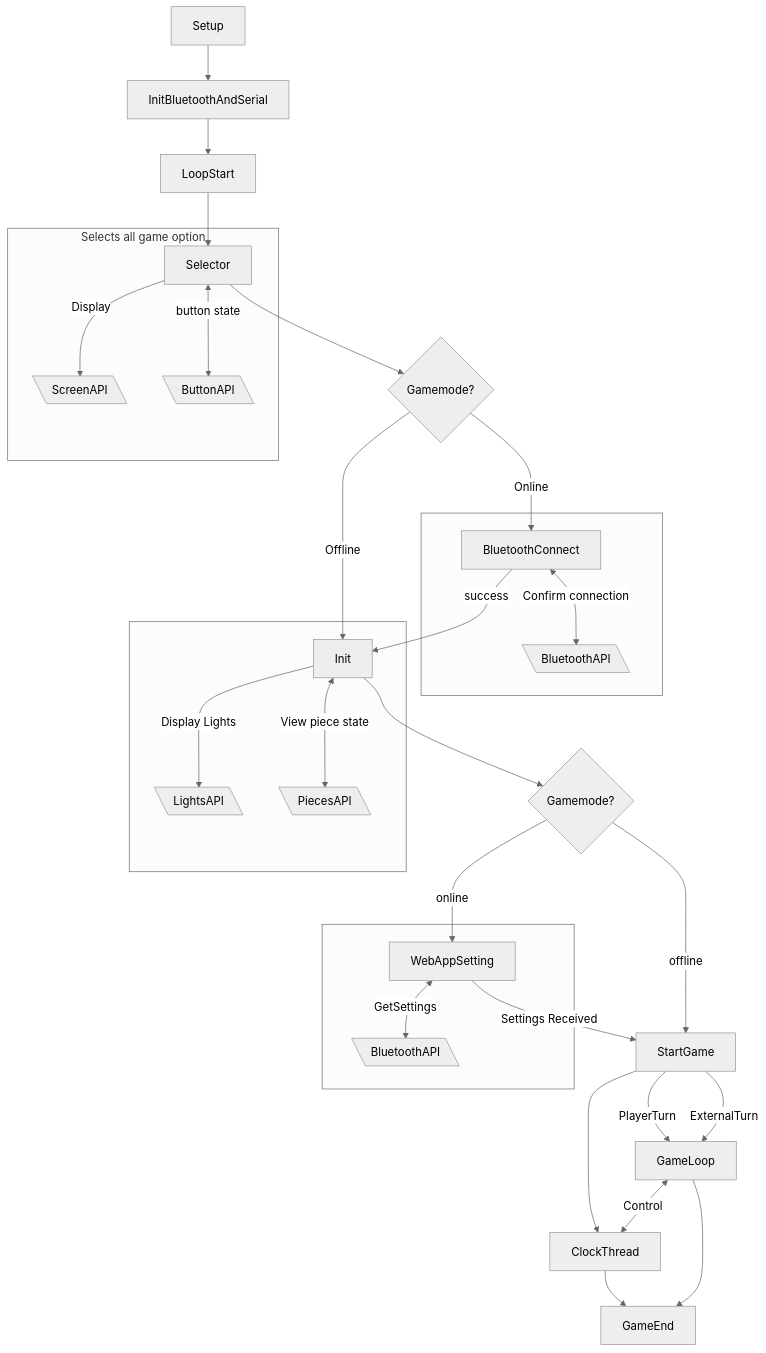
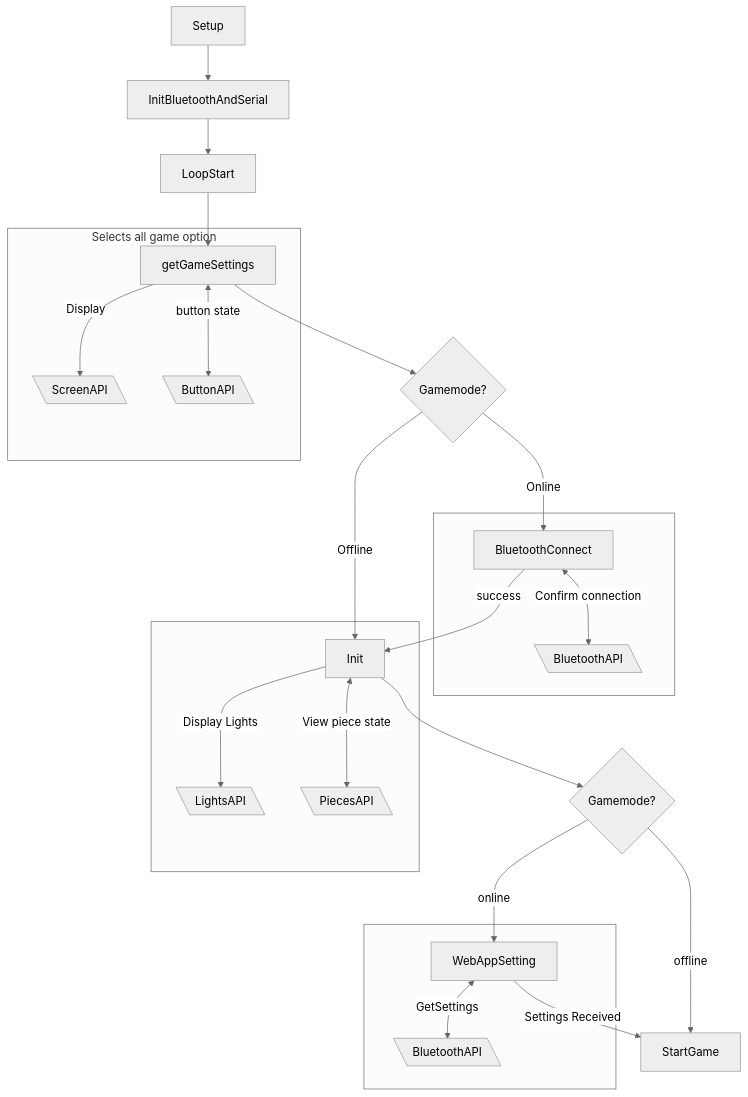
The diagram in docs/design.md (Interactive-Chessboard/ICB-Embedded), drawn with Mermaid (neutral theme) before and after one commit. The commit also changed 23 other files, not shown here.

````diff
--- a/docs/design.md
+++ b/docs/design.md
@@ -1,50 +1,46 @@
 ```mermaid
 ---
 config:
   layout: dagre
 ---
 flowchart TD
- subgraph sgSelector["Selects all game option"]
+ subgraph sggetGameSettings["Selects all game option"]
         Screen[\"ScreenAPI"\]
-        Selector["Selector"]
+        getGameSettings["getGameSettings"]
         ButtonSignal[\"ButtonAPI"\]
   end
  subgraph sgBluetooth[" "]
         BluetoothAPI[\"BluetoothAPI"\]
         BluetoothConnect["BluetoothConnect"]
   end
  subgraph sgInit[" "]
         Lights[\"LightsAPI"\]
         Init["Init"]
         Pieces[\"PiecesAPI"\]
   end
  subgraph sgBluetooth2[" "]
         BluetoothAPI2[\"BluetoothAPI"\]
         WebAppSetting["WebAppSetting"]
   end
-    Selector -- Display --> Screen
-    Selector <-- button state --> ButtonSignal
+    getGameSettings -- Display --> Screen
+    getGameSettings <-- button state --> ButtonSignal
     BluetoothConnect <-- Confirm connection --> BluetoothAPI
     Init -- Display Lights --> Lights
     Init <-- View piece state --> Pieces
     WebAppSetting <-- GetSettings --> BluetoothAPI2
     Setup["Setup"] --> InitBluetoothAndSerial["InitBluetoothAndSerial"]
     InitBluetoothAndSerial --> LoopStart["LoopStart"]
-    LoopStart --> Selector
-    Selector --> Gamemode{"Gamemode?"}
+    LoopStart --> getGameSettings
+    getGameSettings --> Gamemode{"Gamemode?"}
     Gamemode -- Offline --> Init
     Gamemode -- Online --> BluetoothConnect
     BluetoothConnect -- success --> Init
     Init --> Gamemode2{"Gamemode?"}
     Gamemode2 -- online --> WebAppSetting
     Gamemode2 -- offline --> StartGame["StartGame"]
     WebAppSetting -- Settings Received --> StartGame
-    StartGame -- PlayerTurn --> GameLoop["GameLoop"]
-    StartGame -- ExternalTurn --> GameLoop
-    StartGame --> ClockThread["ClockThread"]
-    GameLoop <-- Control --> ClockThread
-    ClockThread --> GameEnd["GameEnd"]
-    GameLoop --> GameEnd
+
+    
 
 
 ```
````
